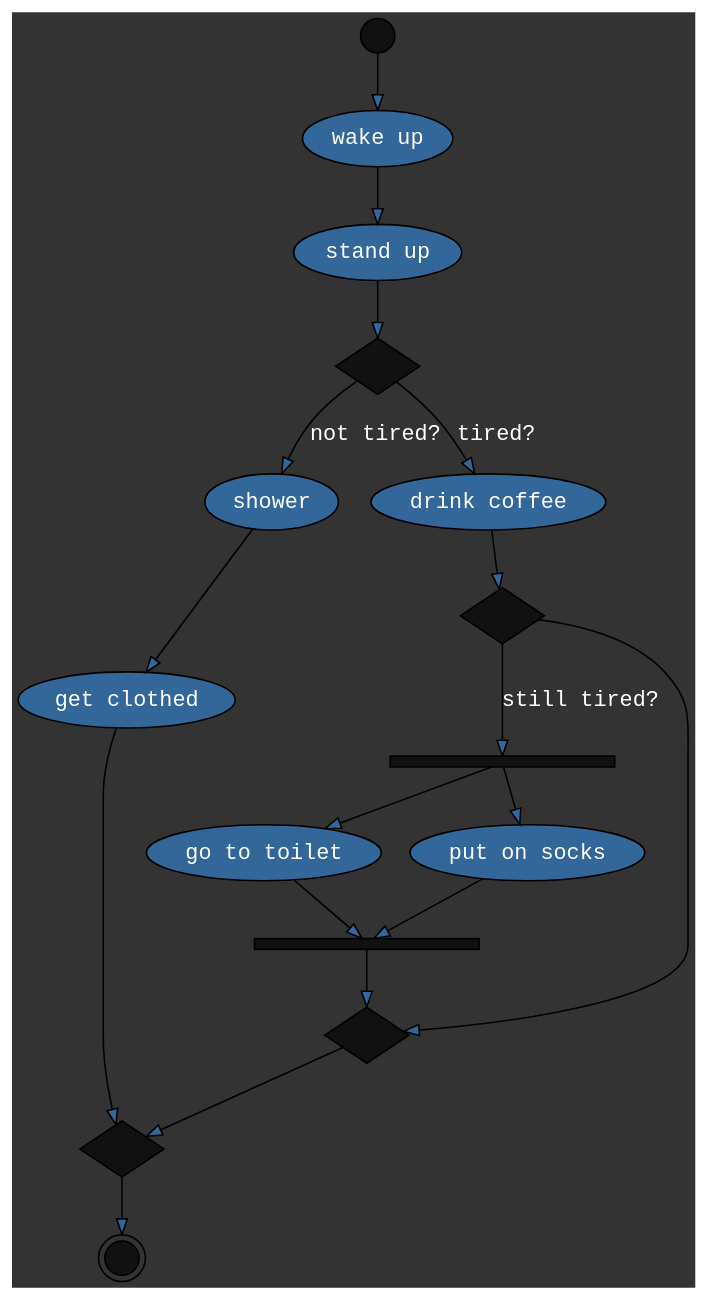
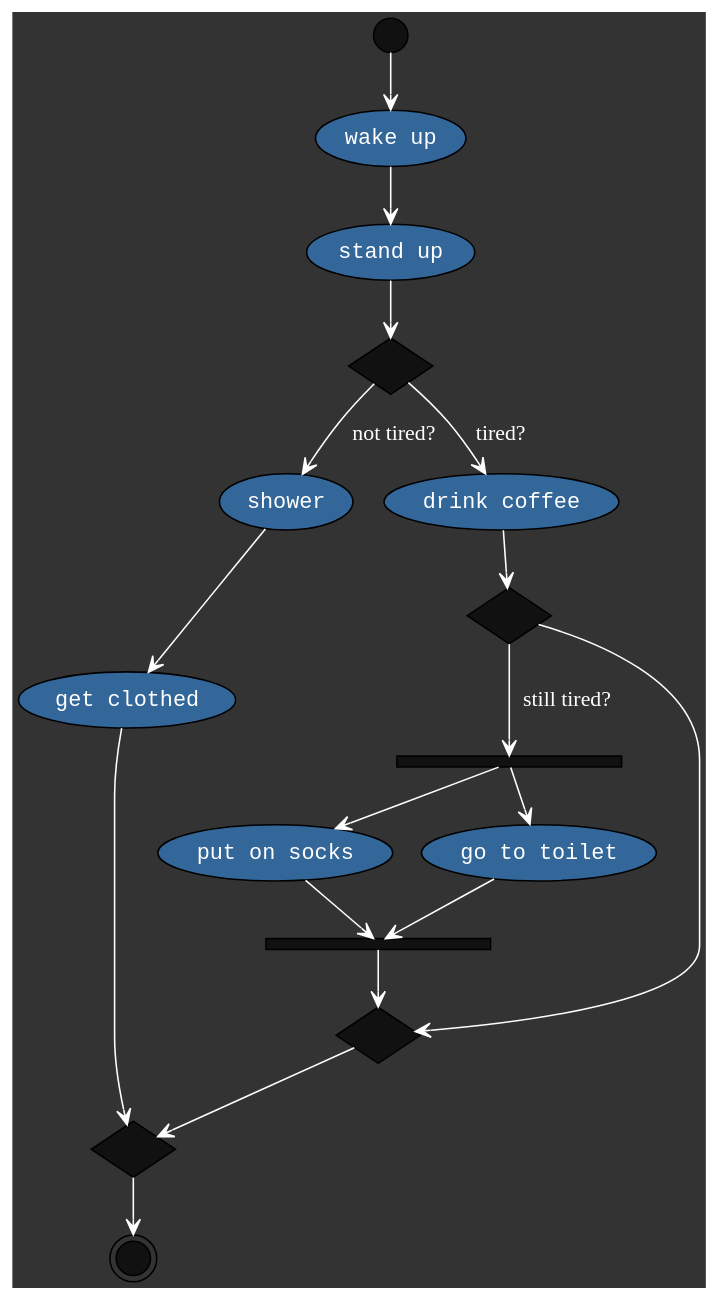
Before and after one commit to windler/AwesM: the diagram in examples/simple_test.yaml.png.dot, drawn with Graphviz. The commit also changed 1 other file, not shown here.

```diff
--- a/examples/simple_test.yaml.png.dot
+++ b/examples/simple_test.yaml.png.dot
@@ -1,37 +1,37 @@
 digraph  {
 graph [bgcolor="#333333"]
-node [style="filled" fontcolor="white" fontname="Courier" shape="oval" fillcolor="#336699"]
-edge [style="filled" fontcolor="white" fontname="Courier" shape="oval" fillcolor="#336699"]
+node [fillcolor="#336699" style="filled" fontcolor="white" fontname="Courier" shape="oval"]
+edge [splines="curved" arrowhead="open" color="white" fontcolor="white"]
+"wake up"
+"wake up"->"stand up"
+"cond_5577006791947779410"[shape="diamond" label="" fillcolor="#111111"]
+"cond_5577006791947779410"->"shower"[label="not tired?"]
+"cond_5577006791947779410"->"drink coffee"[label="tired?"]
+"drink coffee"
+"drink coffee"->"cond_6129484611666145821"
+"start"[shape="circle" label="" style="filled" fillcolor="#111111" height="0.3"]
+"start"->"wake up"
+"shower"
+"shower"->"get clothed"
+"get clothed"
+"get clothed"->"join_8674665223082153551"
 "cond_6129484611666145821"[shape="diamond" label="" fillcolor="#111111"]
 "cond_6129484611666145821"->"cond_3916589616287113937"[label="still tired?"]
 "cond_6129484611666145821"->"join_4037200794235010051"
-"join_6334824724549167320"[fillcolor="#111111" height="0.1" width="2" shape="rectangle" label=""]
-"join_6334824724549167320"->"join_4037200794235010051"
-"wake up"
-"wake up"->"stand up"
+"cond_3916589616287113937"[width="2" shape="rectangle" label="" fillcolor="#111111" height="0.1"]
+"cond_3916589616287113937"->"put on socks"
+"cond_3916589616287113937"->"go to toilet"
+"put on socks"
+"put on socks"->"join_6334824724549167320"
+"stand up"
+"stand up"->"cond_5577006791947779410"
 "go to toilet"
 "go to toilet"->"join_6334824724549167320"
 "join_4037200794235010051"[shape="diamond" label="" fillcolor="#111111"]
 "join_4037200794235010051"->"join_8674665223082153551"
+"join_6334824724549167320"[shape="rectangle" label="" fillcolor="#111111" height="0.1" width="2"]
+"join_6334824724549167320"->"join_4037200794235010051"
 "join_8674665223082153551"[shape="diamond" label="" fillcolor="#111111"]
 "join_8674665223082153551"->"end"
 "end"[shape="doublecircle" label="" style="filled" fillcolor="#111111" height="0.3"]
-"stand up"
-"stand up"->"cond_5577006791947779410"
-"shower"
-"shower"->"get clothed"
-"get clothed"
-"get clothed"->"join_8674665223082153551"
-"put on socks"
-"put on socks"->"join_6334824724549167320"
-"start"[label="" style="filled" fillcolor="#111111" height="0.3" shape="circle"]
-"start"->"wake up"
-"cond_5577006791947779410"[fillcolor="#111111" shape="diamond" label=""]
-"cond_5577006791947779410"->"shower"[label="not tired?"]
-"cond_5577006791947779410"->"drink coffee"[label="tired?"]
-"drink coffee"
-"drink coffee"->"cond_6129484611666145821"
-"cond_3916589616287113937"[height="0.1" width="2" shape="rectangle" label="" fillcolor="#111111"]
-"cond_3916589616287113937"->"put on socks"
-"cond_3916589616287113937"->"go to toilet"
 }
```
